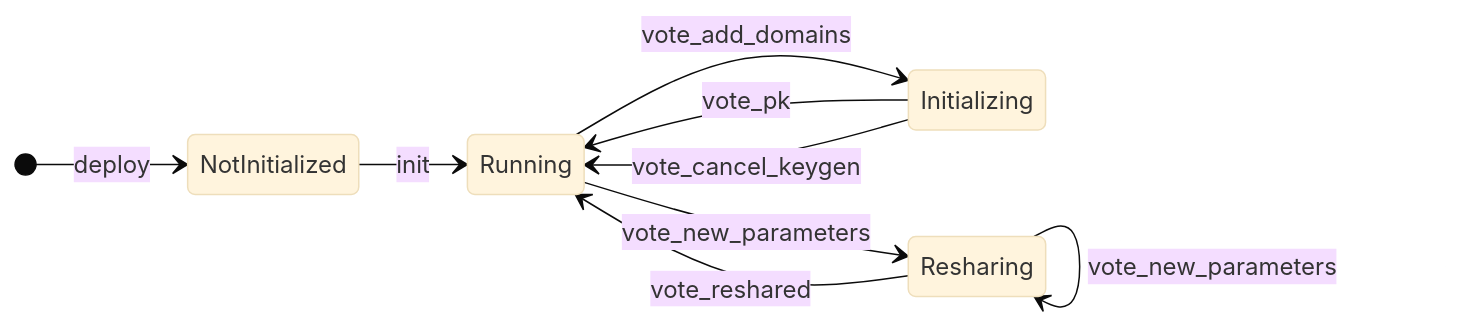
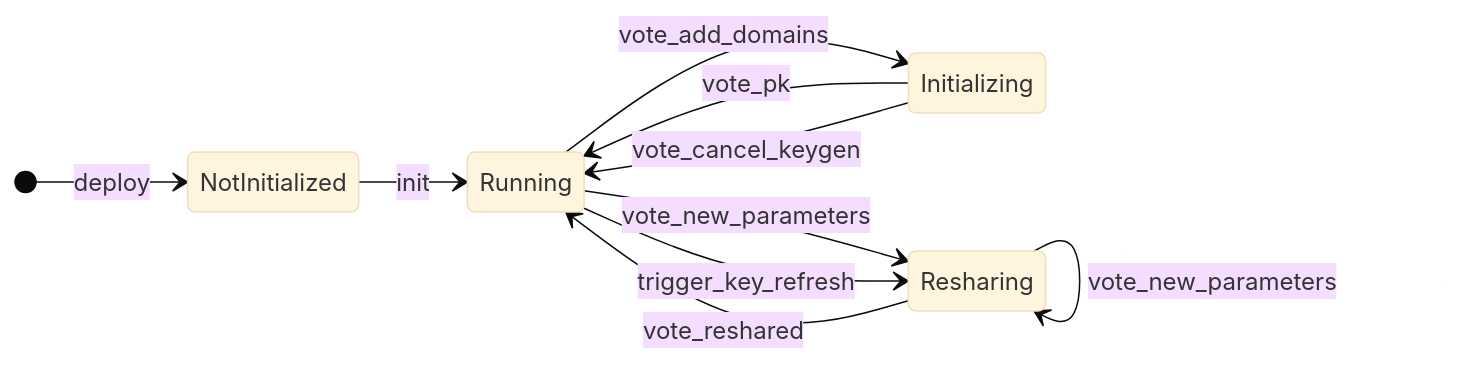
One commit to near/mpc changed the diagram in crates/contract/README.md. Above: the diagram before and after it, drawn with Mermaid (base theme). The commit also changed other lines of this file and 24 other files, not shown here.

Commit message:
feat: Initial support for proactive key refresh

````diff
--- a/crates/contract/README.md
+++ b/crates/contract/README.md
@@ -256,12 +260,13 @@
 ```mermaid
 stateDiagram-v2
     direction LR
     [*] --> NotInitialized : deploy
     NotInitialized --> Running : init
     Running --> Initializing : vote_add_domains
     Running --> Resharing : vote_new_parameters
+    Running --> Resharing : trigger_key_refresh
     Initializing --> Running : vote_pk
     Initializing --> Running : vote_cancel_keygen
     Resharing --> Running : vote_reshared
     Resharing --> Resharing : vote_new_parameters
 ```
````
